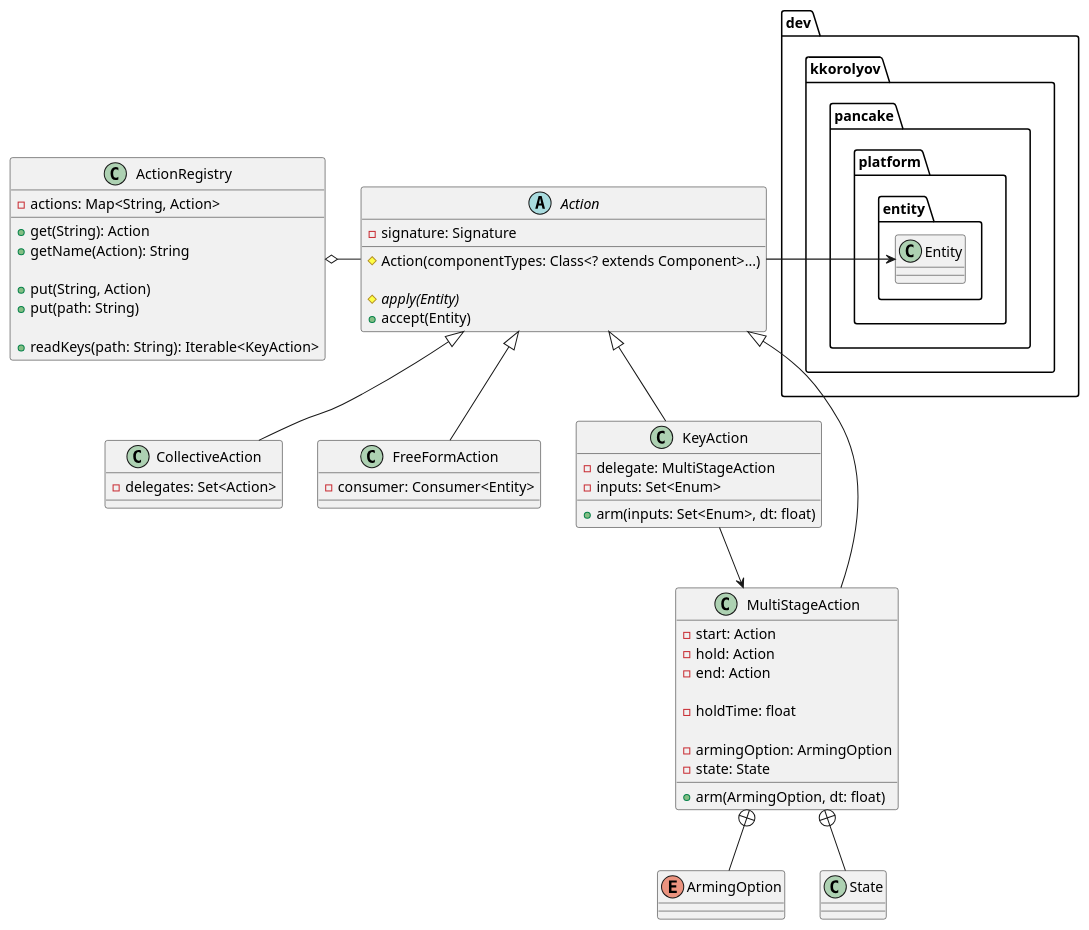
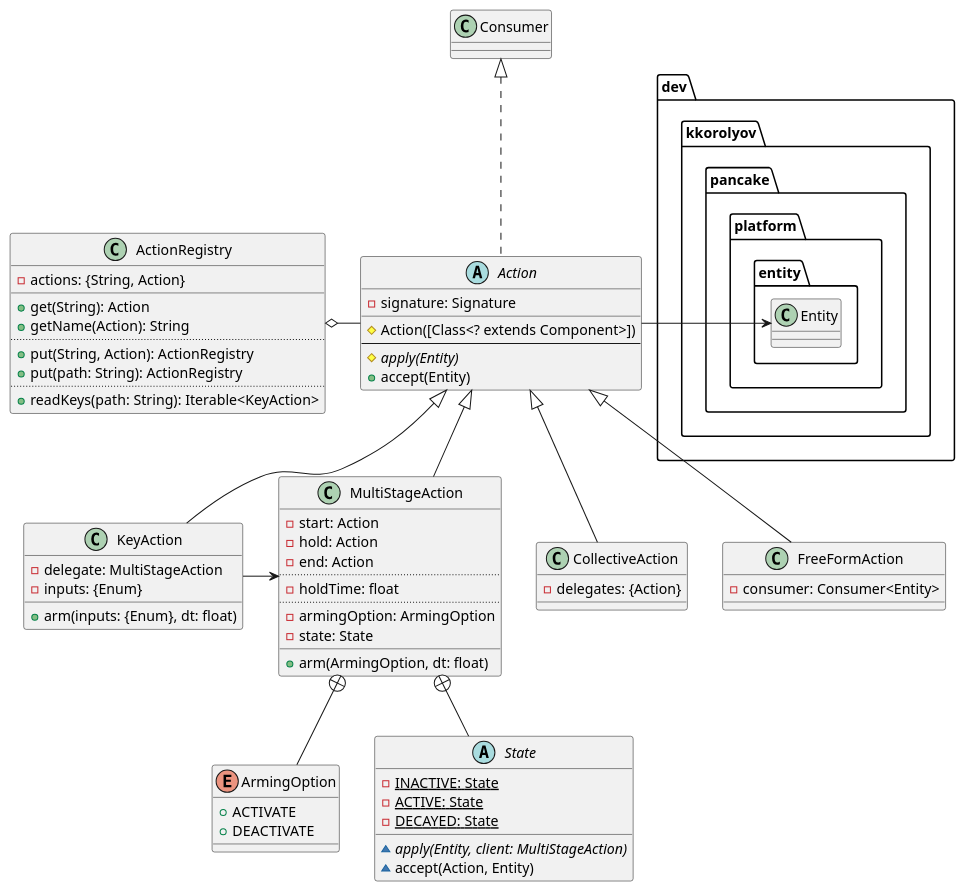
The diagram in docs/uml/pancake-platform/action.class.puml (kkorolyov/pancake), drawn with PlantUML before and after one commit.

Commit message:
Modular UML: Add some missing Action stuff

```diff
--- a/docs/uml/pancake-platform/action.class.puml
+++ b/docs/uml/pancake-platform/action.class.puml
@@ -1,62 +1,74 @@
 @startuml
 
 abstract class Action {
 	-signature: Signature
-
-	#Action(componentTypes: Class<? extends Component>...)
-
+	__
+	#Action([Class<? extends Component>])
+	--
 	{abstract} #apply(Entity)
 	+accept(Entity)
 }
+Action .u.|> Consumer
 Action -> dev.kkorolyov.pancake.platform.entity.Entity
 
 class CollectiveAction {
-	-delegates: Set<Action>
+	-delegates: {Action}
 }
 Action <|-- CollectiveAction
 
 class FreeFormAction {
 	-consumer: Consumer<Entity>
 }
 Action <|-- FreeFormAction
 
 class KeyAction {
 	-delegate: MultiStageAction
-	-inputs: Set<Enum>
-
-	+arm(inputs: Set<Enum>, dt: float)
+	-inputs: {Enum}
+	__
+	+arm(inputs: {Enum}, dt: float)
 }
 Action <|-- KeyAction
-KeyAction --> MultiStageAction
+KeyAction -> MultiStageAction
 
 class MultiStageAction {
 	-start: Action
 	-hold: Action
 	-end: Action
-
+	..
 	-holdTime: float
-
+	..
 	-armingOption: ArmingOption
 	-state: State
-
+	__
 	+arm(ArmingOption, dt: float)
 }
 Action <|-- MultiStageAction
 MultiStageAction +-- ArmingOption
 MultiStageAction +-- State
-enum ArmingOption
+enum ArmingOption {
+	+ACTIVATE
+	+DEACTIVATE
+}
+abstract class State {
+	{static} -INACTIVE: State
+	{static} -ACTIVE: State
+	{static} -DECAYED: State
+
+	{abstract} ~apply(Entity, client: MultiStageAction)
+	~accept(Action, Entity)
+}
 
 class ActionRegistry {
-	-actions: Map<String, Action>
-
+	-actions: {String, Action}
+	__
 	+get(String): Action
 	+getName(Action): String
-
-	+put(String, Action)
-	+put(path: String)
-
+	..
+	+put(String, Action): ActionRegistry
+	+put(path: String): ActionRegistry
+	..
 	+readKeys(path: String): Iterable<KeyAction>
 }
 ActionRegistry o- Action
 
 @enduml
```
